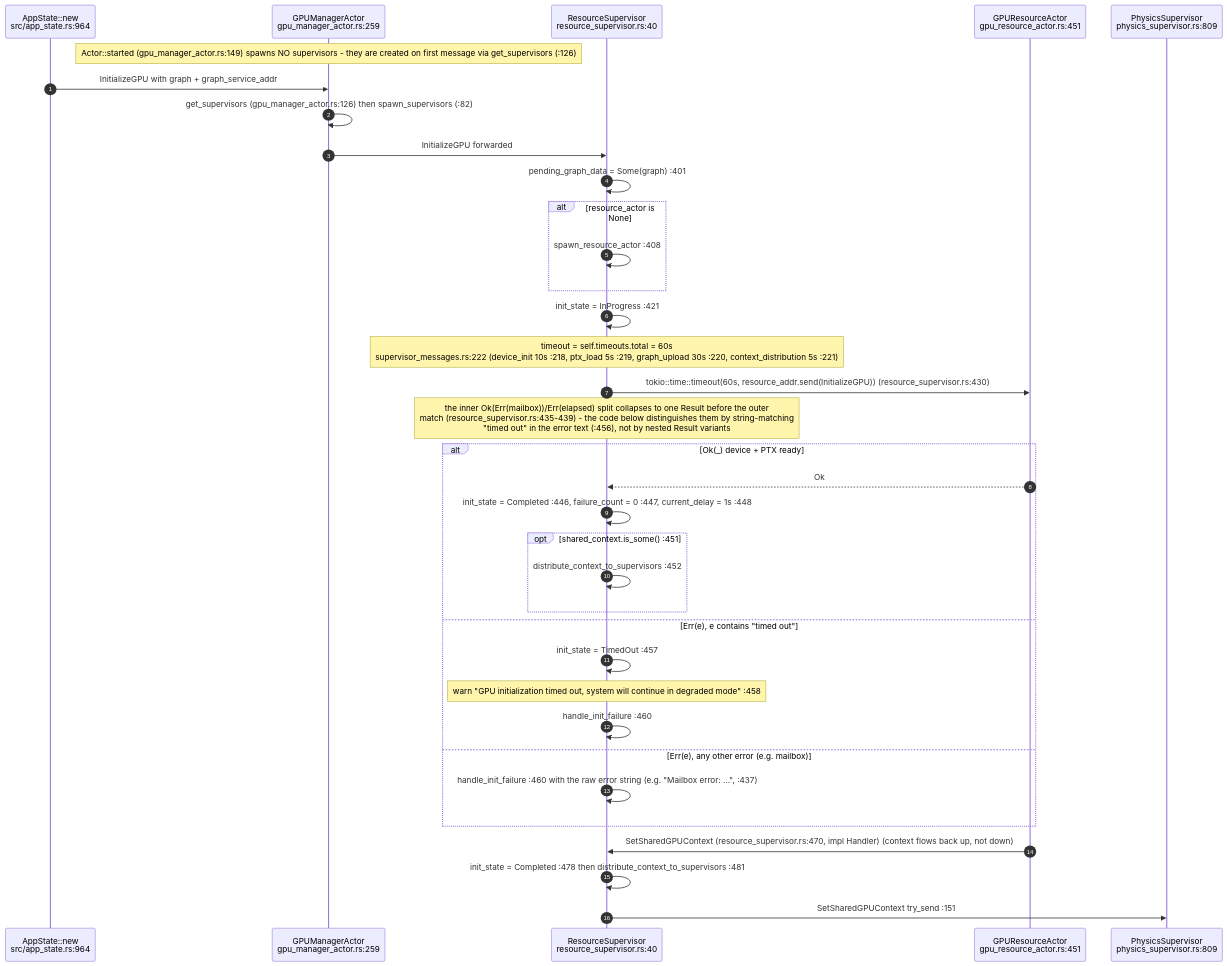
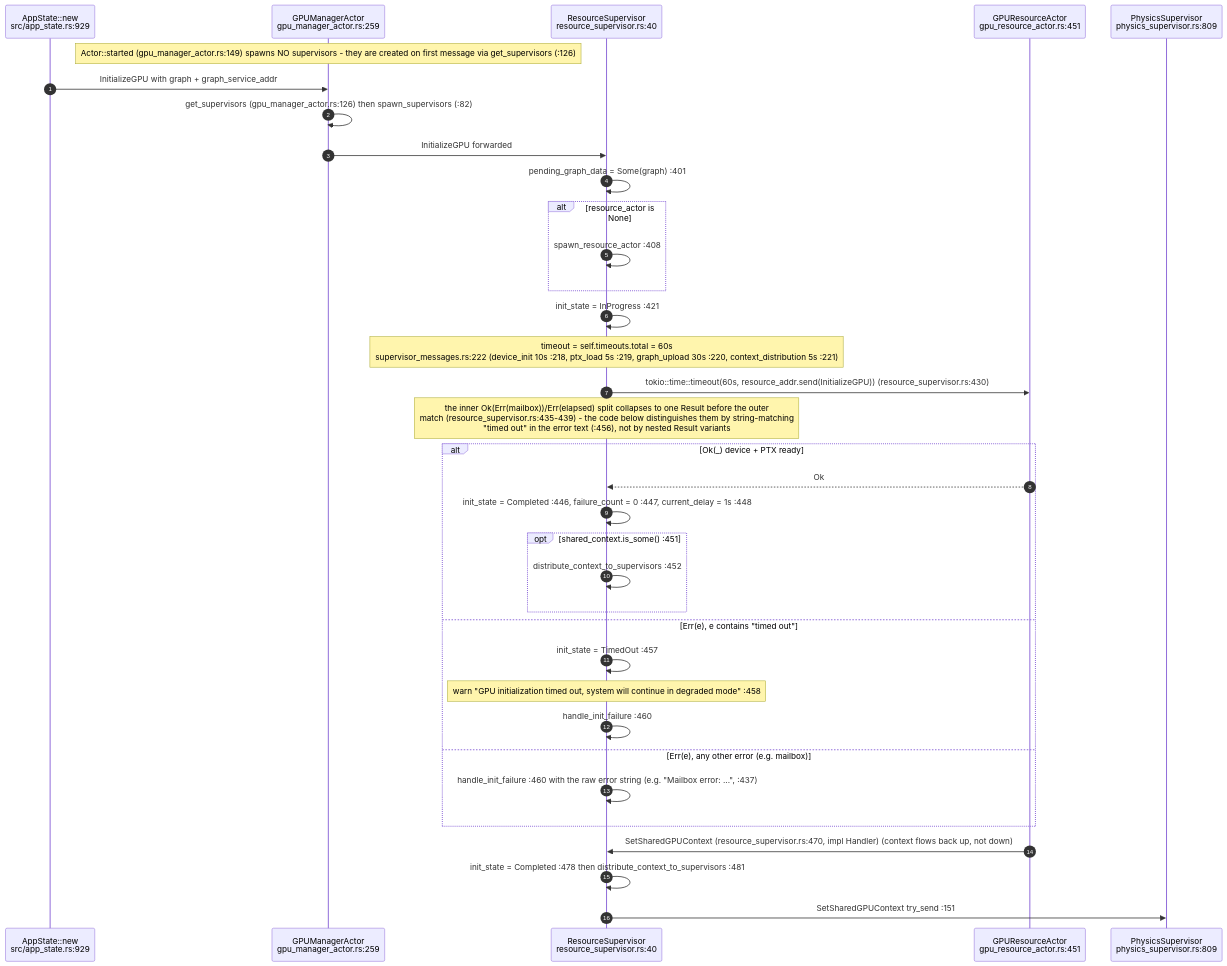
Before and after one commit to DreamLab-AI/VisionFlow: the second of 8 diagrams in docs/diagrams/visionclaw/10-gpu-supervision-and-context-bus.md, drawn with Mermaid. The commit also changed other lines of this file and 7 other files, not shown here.

First line of the commit message:
diagrams(visionclaw): re-verify VC-09..VC-16 at visionclaw 4900ec60

````diff
--- a/docs/diagrams/visionclaw/10-gpu-supervision-and-context-bus.md
+++ b/docs/diagrams/visionclaw/10-gpu-supervision-and-context-bus.md
@@ -98,38 +98,38 @@
 ```mermaid
 sequenceDiagram
     autonumber
-    participant APP as AppState::new<br/>src/app_state.rs:964
+    participant APP as AppState::new<br/>src/app_state.rs:929
     participant GM as GPUManagerActor<br/>gpu_manager_actor.rs:259
     participant RS as ResourceSupervisor<br/>resource_supervisor.rs:40
     participant GRA as GPUResourceActor<br/>gpu_resource_actor.rs:451
     participant PS as PhysicsSupervisor<br/>physics_supervisor.rs:809
 
     Note over GM: Actor::started (gpu_manager_actor.rs:149) spawns NO supervisors - they are created on first message via get_supervisors (:126)
     APP->>GM: InitializeGPU with graph + graph_service_addr
     GM->>GM: get_supervisors (gpu_manager_actor.rs:126) then spawn_supervisors (:82)
     GM->>RS: InitializeGPU forwarded
     RS->>RS: pending_graph_data = Some(graph) :401
     alt resource_actor is None
         RS->>RS: spawn_resource_actor :408
     end
     RS->>RS: init_state = InProgress :421
     Note over RS: timeout = self.timeouts.total = 60s<br/>supervisor_messages.rs:222 (device_init 10s :218, ptx_load 5s :219, graph_upload 30s :220, context_distribution 5s :221)
     RS->>GRA: tokio::time::timeout(60s, resource_addr.send(InitializeGPU)) (resource_supervisor.rs:430)
     Note over RS: the inner Ok(Err(mailbox))/Err(elapsed) split collapses to one Result before the outer<br/>match (resource_supervisor.rs:435-439) - the code below distinguishes them by string-matching<br/>"timed out" in the error text (:456), not by nested Result variants
     alt Ok(_) device + PTX ready
         GRA-->>RS: Ok
         RS->>RS: init_state = Completed :446, failure_count = 0 :447, current_delay = 1s :448
         opt shared_context.is_some() :451
             RS->>RS: distribute_context_to_supervisors :452
         end
     else Err(e), e contains "timed out"
         RS->>RS: init_state = TimedOut :457
         Note over RS: warn "GPU initialization timed out, system will continue in degraded mode" :458
         RS->>RS: handle_init_failure :460
     else Err(e), any other error (e.g. mailbox)
         RS->>RS: handle_init_failure :460 with the raw error string (e.g. "Mailbox error: ...", :437)
     end
     GRA->>RS: SetSharedGPUContext (resource_supervisor.rs:470, impl Handler) (context flows back up, not down)
     RS->>RS: init_state = Completed :478 then distribute_context_to_supervisors :481
     RS->>PS: SetSharedGPUContext try_send :151
 ```
````
